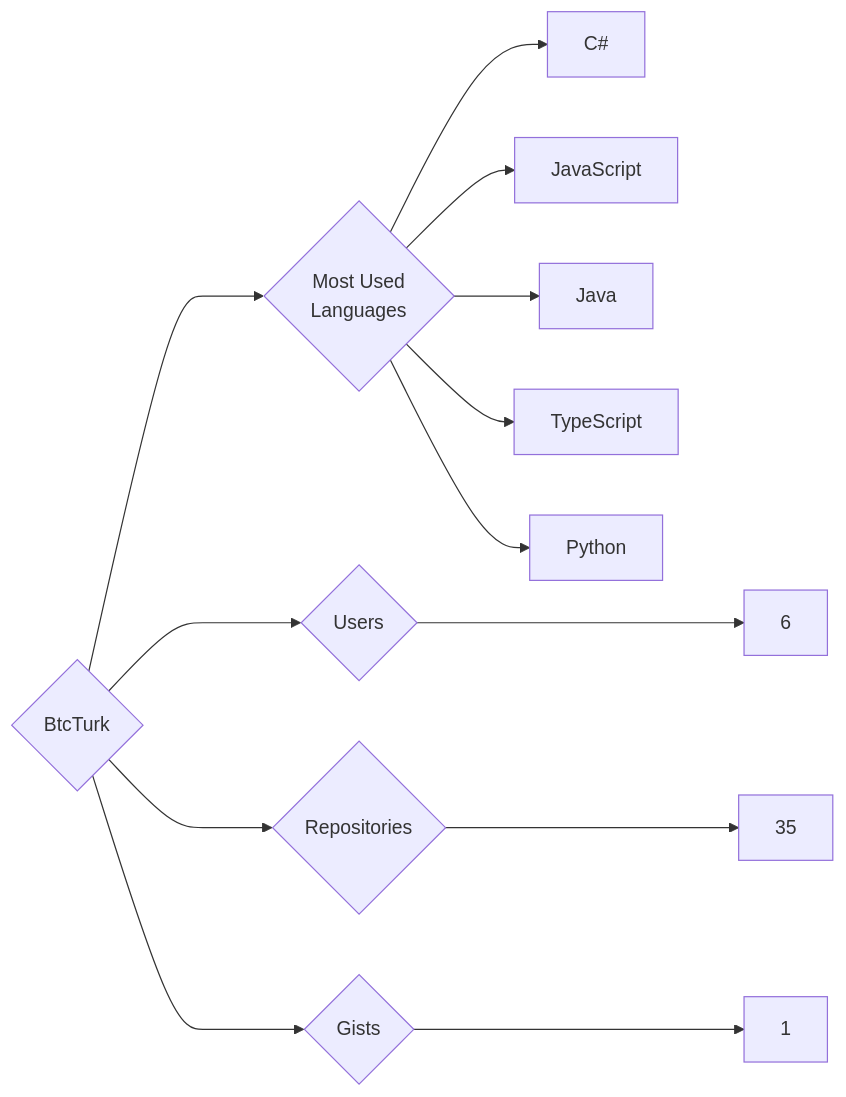
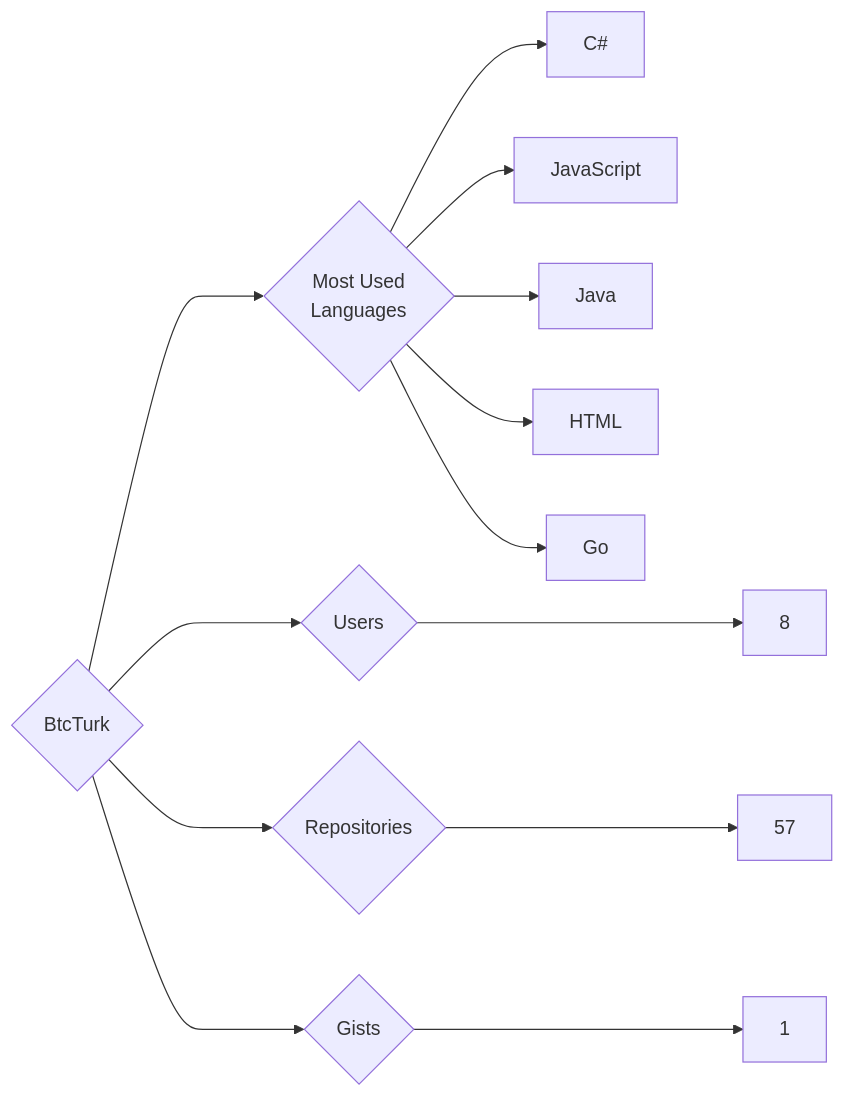
Before and after one commit to trickest/insiders: the diagram in targets/BtcTurk/README.md, drawn with Mermaid. The commit also changed 681 other files, not shown here.

````diff
--- a/targets/BtcTurk/README.md
+++ b/targets/BtcTurk/README.md
@@ -3,13 +3,13 @@
 ```mermaid
 graph LR
 COMPANY_NAME{BtcTurk}
-COMPANY_NAME ---> U{Users} ---> UN[6]
-COMPANY_NAME ---> R{Repositories} ---> RN[35]
+COMPANY_NAME ---> U{Users} ---> UN[8]
+COMPANY_NAME ---> R{Repositories} ---> RN[57]
 COMPANY_NAME ---> G{Gists} ---> GN[1]
 COMPANY_NAME ---> ML{Most Used<br>Languages}
 ML --> C#[C#]
 ML --> JavaScript[JavaScript]
 ML --> Java[Java]
-ML --> TypeScript[TypeScript]
-ML --> Python[Python]
+ML --> HTML[HTML]
+ML --> Go[Go]
 ```
````
